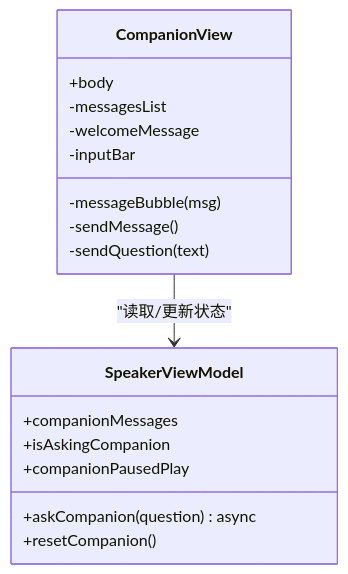
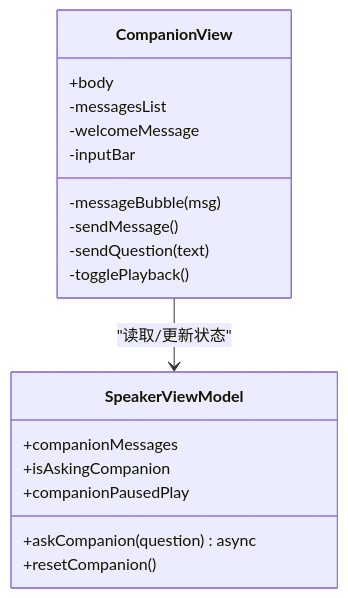
The sixth of 12 diagrams in .qoder/repowiki/zh/content/核心功能模块/AI 伴读对话功能.md (Primoguo/VoiceReader), drawn with Mermaid before and after one commit. The commit also changed other lines of this file and 92 other files, not shown here.

````diff
--- a/.qoder/repowiki/zh/content/核心功能模块/AI 伴读对话功能.md
+++ b/.qoder/repowiki/zh/content/核心功能模块/AI 伴读对话功能.md
@@ -244,20 +330,21 @@
 ```mermaid
 classDiagram
 class CompanionView {
 +body
 -messagesList
 -welcomeMessage
 -messageBubble(msg)
 -inputBar
 -sendMessage()
 -sendQuestion(text)
+-togglePlayback()
 }
 class SpeakerViewModel {
 +askCompanion(question) async
 +resetCompanion()
 +companionMessages
 +isAskingCompanion
 +companionPausedPlay
 }
 CompanionView --> SpeakerViewModel : "读取/更新状态"
 ```
````
